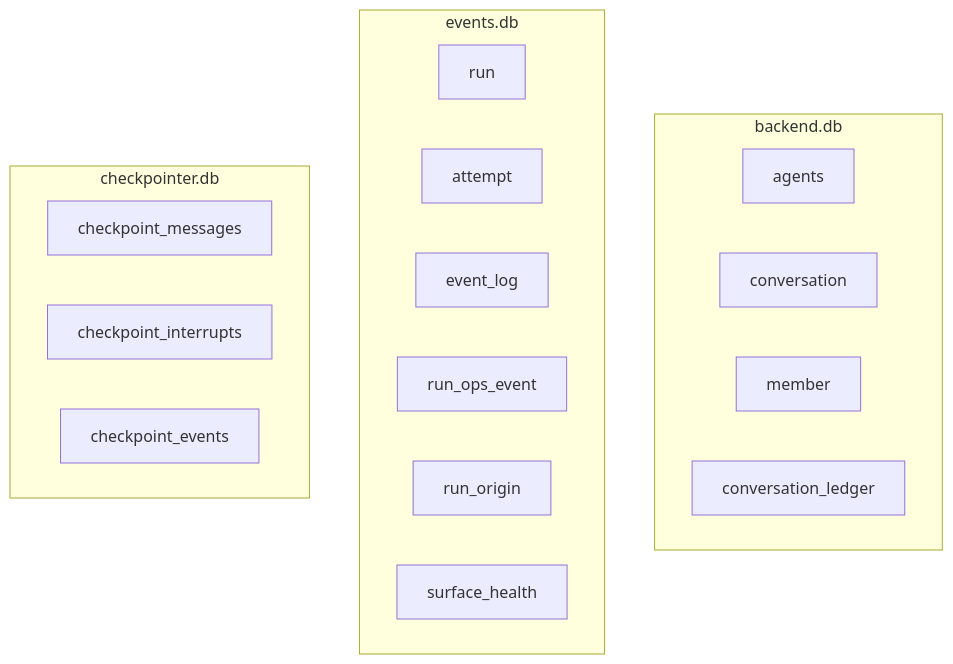
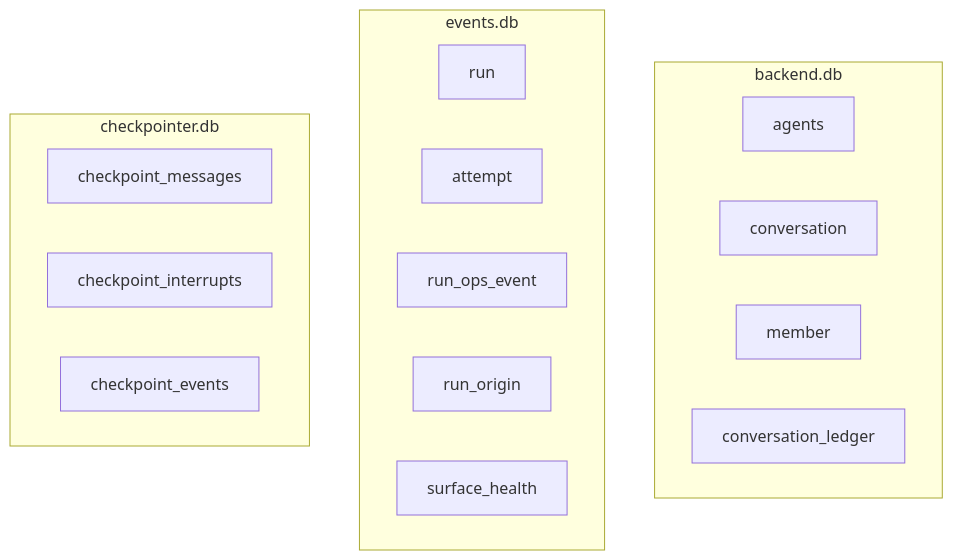
Before and after one commit to Chengchcc/my-agent-team: the diagram in docs/architecture/backend/overview.md, drawn with Mermaid. The commit also changed other lines of this file and 27 other files, not shown here.

First line of the commit message:
docs(docs): full architecture doc update — EventLog deprecated, threadId unified

````diff
--- a/docs/architecture/backend/overview.md
+++ b/docs/architecture/backend/overview.md
@@ -33,22 +33,21 @@
 ```mermaid
 flowchart TB
   subgraph backend.db
     A[agents]
     C[conversation]
     M[member]
     L[conversation_ledger]
   end
   subgraph events.db
     R[run]
     AT[attempt]
-    EL[event_log]
     OPS[run_ops_event]
     RO[run_origin]
     SH[surface_health]
   end
   subgraph checkpointer.db
     CK[checkpoint_messages]
     CI[checkpoint_interrupts]
     CE[checkpoint_events]
   end
 ```
````
